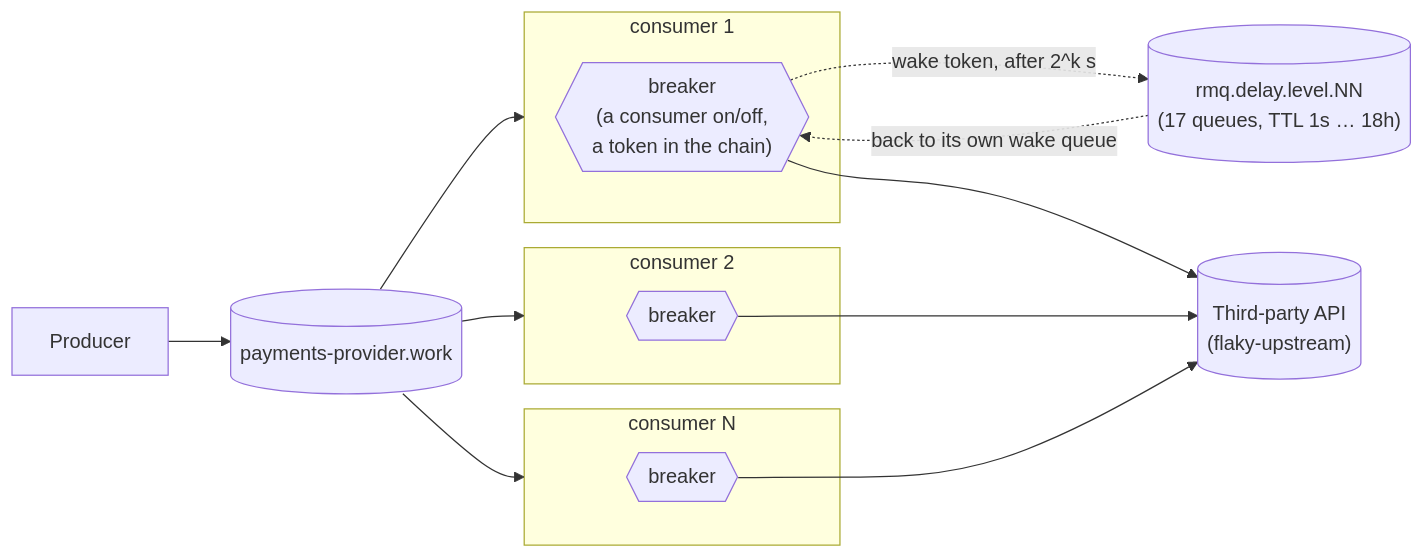
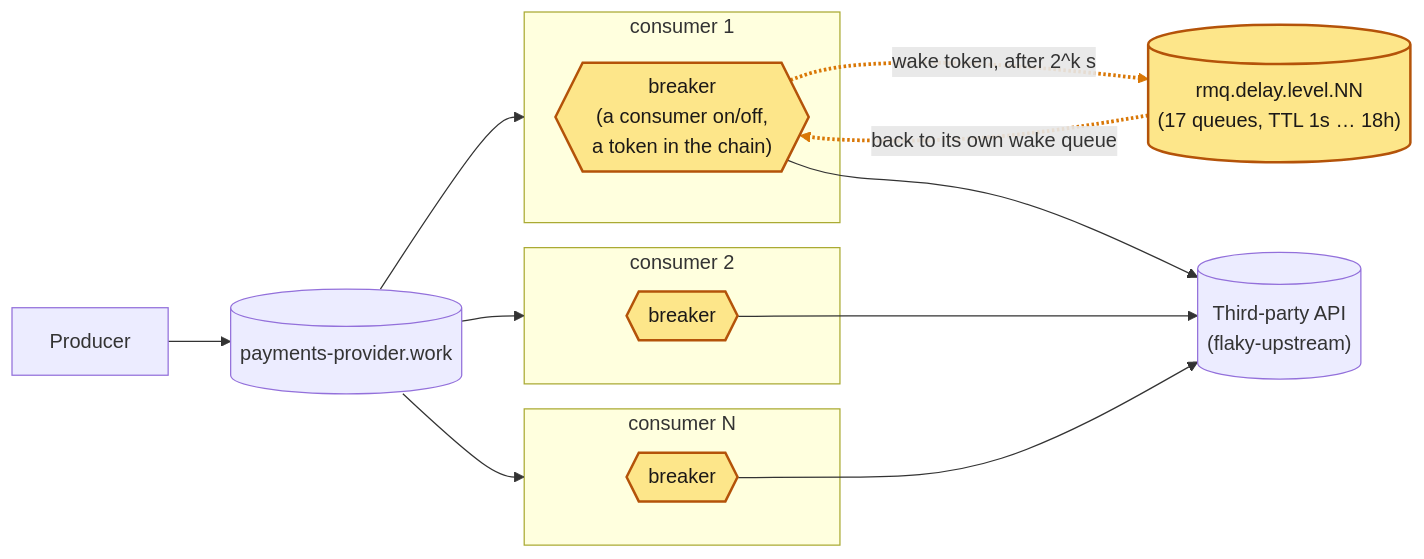
The diagram in README.md (lsfera/circuit-breaker-unboxing), drawn with Mermaid before and after one commit. The commit also changed other lines of this file, not shown here.

Commit message:
Colour what this branch adds in the README diagram
New since article/01: the three breakers and the delay-queue chain that wakes them, with its two edges. Amber, with a one-line key under the diagram.

````diff
--- a/README.md
+++ b/README.md
@@ -11,21 +11,24 @@
 ```mermaid
 flowchart LR
   producer["Producer"] --> queue[("payments-provider.work")]
   subgraph c1["consumer 1"]
     b1{{"breaker\n(a consumer on/off,\na token in the chain)"}}
   end
   subgraph c2["consumer 2"]
     b2{{"breaker"}}
   end
   subgraph c3["consumer N"]
     b3{{"breaker"}}
   end
   queue --> c1
   queue --> c2
   queue --> c3
   b1 -. "wake token, after 2^k s" .-> chain[("rmq.delay.level.NN\n(17 queues, TTL 1s … 18h)")]
   chain -. "back to its own wake queue" .-> b1
   b1 --> api[("Third-party API\n(flaky-upstream)")]
   b2 --> api
   b3 --> api
+  classDef new fill:#fde68a,stroke:#b45309,stroke-width:2px,color:#1c1917
+  class b1,b2,b3,chain new
+  linkStyle 4,5 stroke:#d97706,stroke-width:3px
 ```
````
